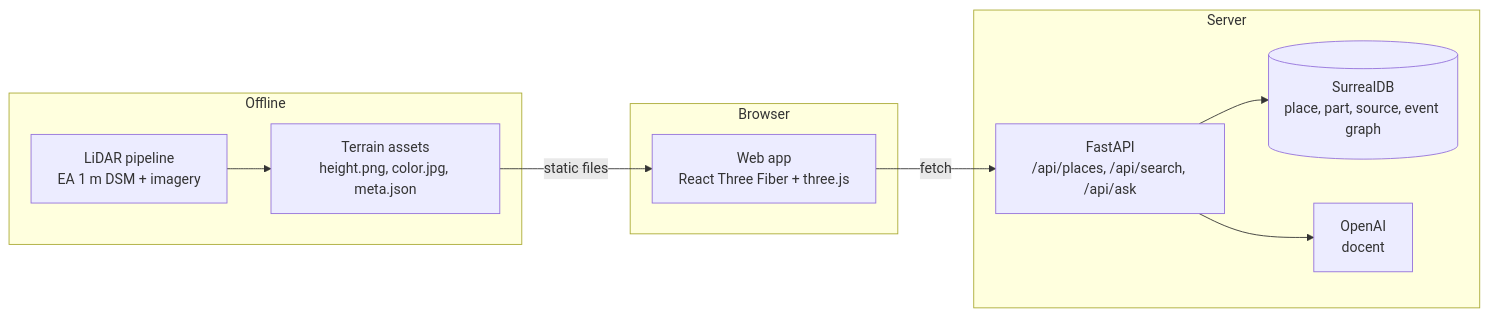
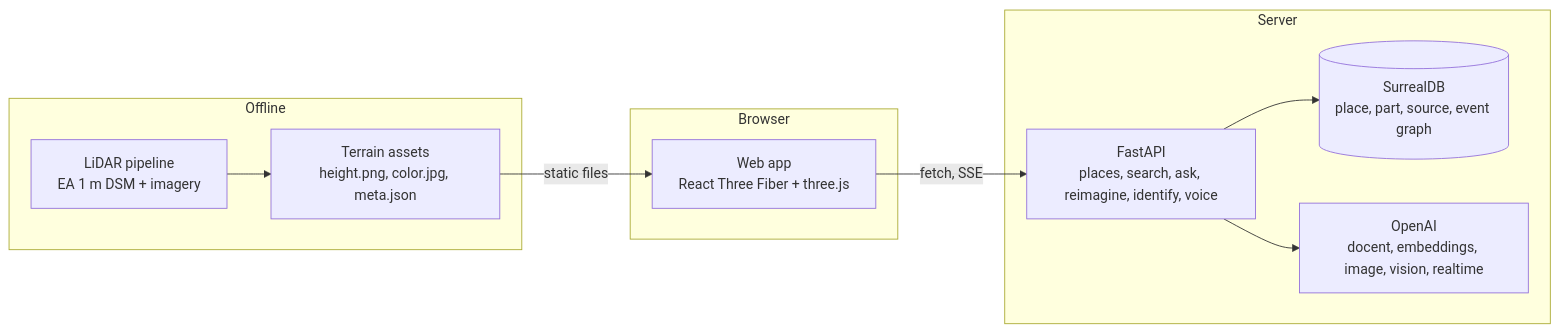
The diagram in README.md (atiladeokegab/strata), drawn with Mermaid before and after one commit. The commit also changed other lines of this file and 4 other files, not shown here.

````diff
--- a/README.md
+++ b/README.md
@@ -103,20 +117,20 @@
 ```mermaid
 flowchart LR
   subgraph Browser
     W["Web app<br/>React Three Fiber + three.js"]
   end
   subgraph Server
-    A["FastAPI<br/>/api/places, /api/search, /api/ask"]
+    A["FastAPI<br/>places, search, ask, reimagine, identify, voice"]
     G[("SurrealDB<br/>place, part, source, event graph")]
-    O["OpenAI<br/>docent"]
+    O["OpenAI<br/>docent, embeddings, image, vision, realtime"]
   end
   subgraph Offline
     L["LiDAR pipeline<br/>EA 1 m DSM + imagery"]
     T["Terrain assets<br/>height.png, color.jpg, meta.json"]
   end
-  W -->|fetch| A
+  W -->|fetch, SSE| A
   A --> G
   A --> O
   L --> T
   T -->|static files| W
 ```
````
